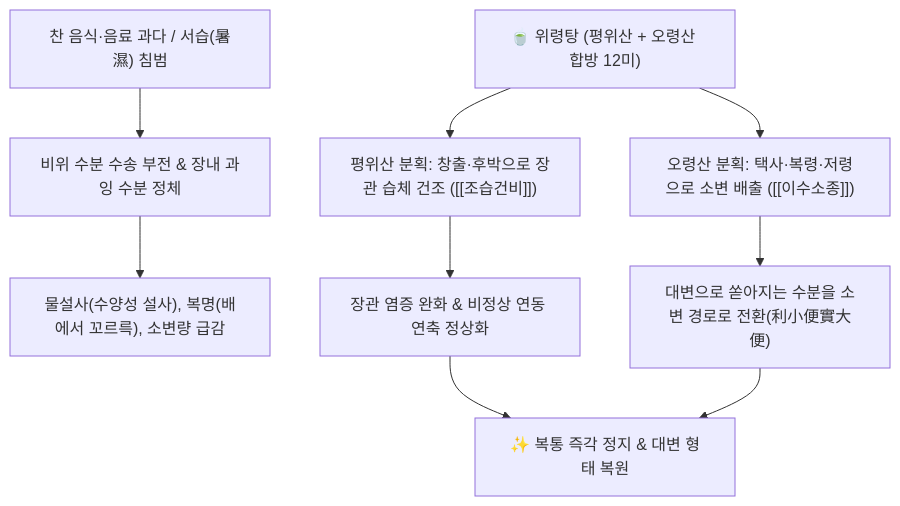
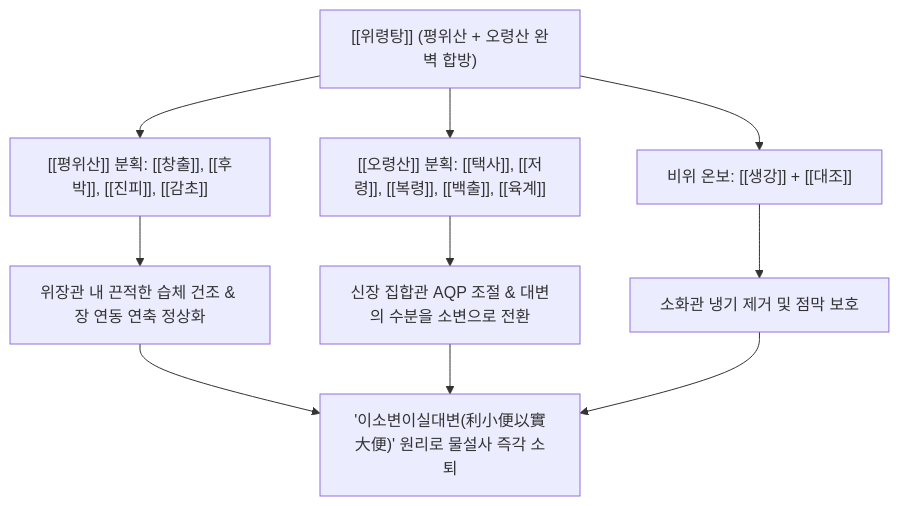
The diagram in content/2. 약리 공부/처방/03_화담·거습·이수제/위령탕.md (simbio11/simbio-digital-garden2), drawn with Mermaid before and after one commit. The commit also changed other lines of this file and 248 other files, not shown here.

````diff
--- a/content/2. 약리 공부/처방/03_화담·거습·이수제/위령탕.md
+++ b/content/2. 약리 공부/처방/03_화담·거습·이수제/위령탕.md
@@ -35,14 +41,12 @@
 ```mermaid
 graph TD
-    ColdDampInvasion["찬 음식·음료 과다 / 서습(暑濕) 침범"] --> SpleenStagnation["비위 수분 수송 부전 & 장내 과잉 수분 정체"]
-    SpleenStagnation --> WateryDiarrhea["물설사(수양성 설사), 복명(배에서 꼬르륵), 소변량 급감"]
+    A["[[위령탕]] (평위산 + 오령산 완벽 합방)"] --> B["[[평위산]] 분획: [[창출]], [[후박]], [[진피]], [[감초]]"]
+    A --> C["[[오령산]] 분획: [[택사]], [[저령]], [[복령]], [[백출]], [[육계]]"]
+    A --> D["비위 온보: [[생강]] + [[대조]]"]
     
-    Formula["🍵 위령탕 (평위산 + 오령산 합방 12미)"] --> PingWei["평위산 분획: 창출·후박으로 장관 습체 건조 ([[조습건비]])"]
-    Formula --> WuLing["오령산 분획: 택사·복령·저령으로 소변 배출 ([[이수소종]])"]
+    B --> E["위장관 내 끈적한 습체 건조 & 장 연동 연축 정상화"]
+    C --> F["신장 집합관 AQP 조절 & 대변의 수분을 소변으로 전환"]
+    D --> G["소화관 냉기 제거 및 점막 보호"]
     
-    PingWei --> IntestinalTone["장관 염증 완화 & 비정상 연동 연축 정상화"]
-    WuLing --> OsmoticShift["대변으로 쏟아지는 수분을 소변 경로로 전환(利小便實大便)"]
-    
-    IntestinalTone --> StopDiarrhea["✨ 복통 즉각 정지 & 대변 형태 복원"]
-    OsmoticShift --> StopDiarrhea
+    E & F & G --> H["'이소변이실대변(利小便以實大便)' 원리로 물설사 즉각 소퇴"]
 ```
````
